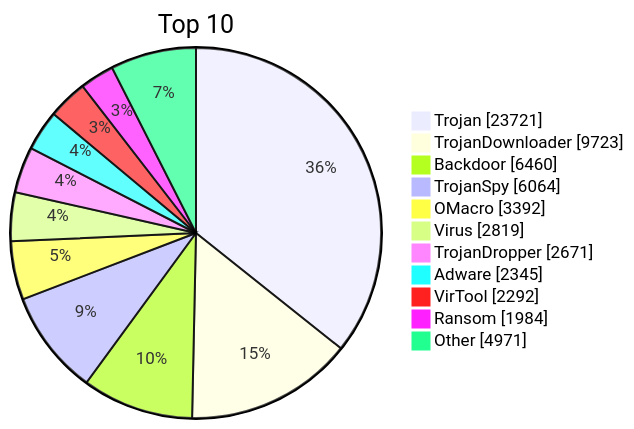
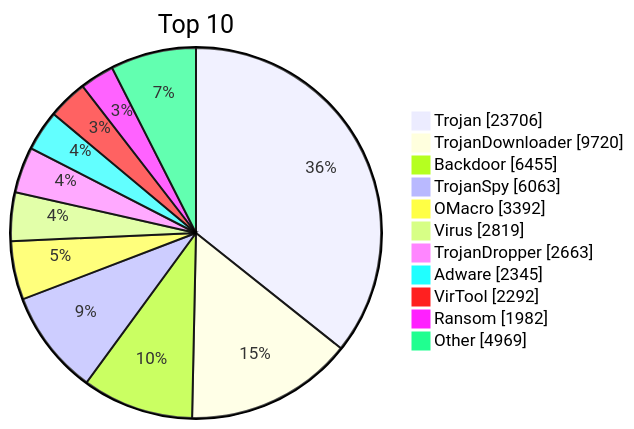
Before and after one commit to JerryLinLinLin/huorong-virdb-changelog: the diagram in README.md, drawn with Mermaid. The commit also changed other lines of this file and 5 other files, not shown here.

````diff
--- a/README.md
+++ b/README.md
@@ -18,15 +18,15 @@
 ```mermaid
 pie showData
     title Top 10
-    "Trojan" : 23721
-    "TrojanDownloader" : 9723
-    "Backdoor" : 6460
-    "TrojanSpy" : 6064
+    "Trojan" : 23706
+    "TrojanDownloader" : 9720
+    "Backdoor" : 6455
+    "TrojanSpy" : 6063
     "OMacro" : 3392
     "Virus" : 2819
-    "TrojanDropper" : 2671
+    "TrojanDropper" : 2663
     "Adware" : 2345
     "VirTool" : 2292
-    "Ransom" : 1984
-    "Other" : 4971
+    "Ransom" : 1982
+    "Other" : 4969
 ```
````
